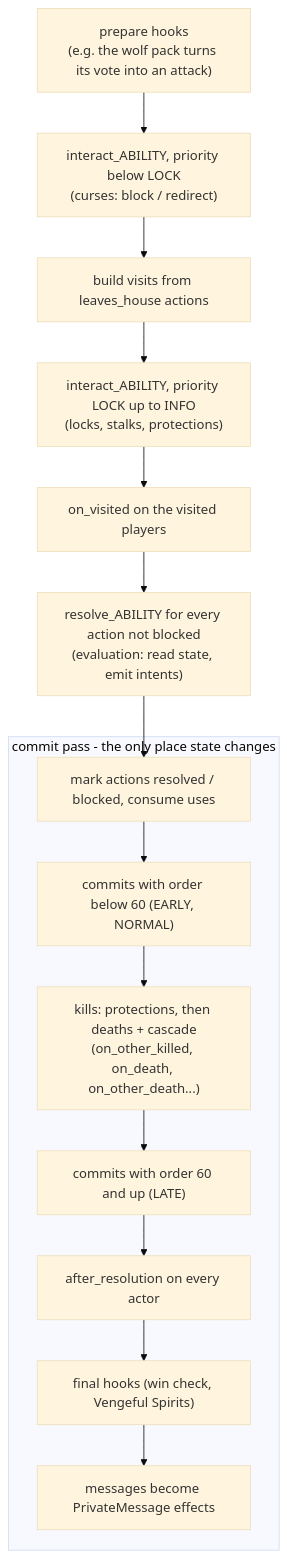
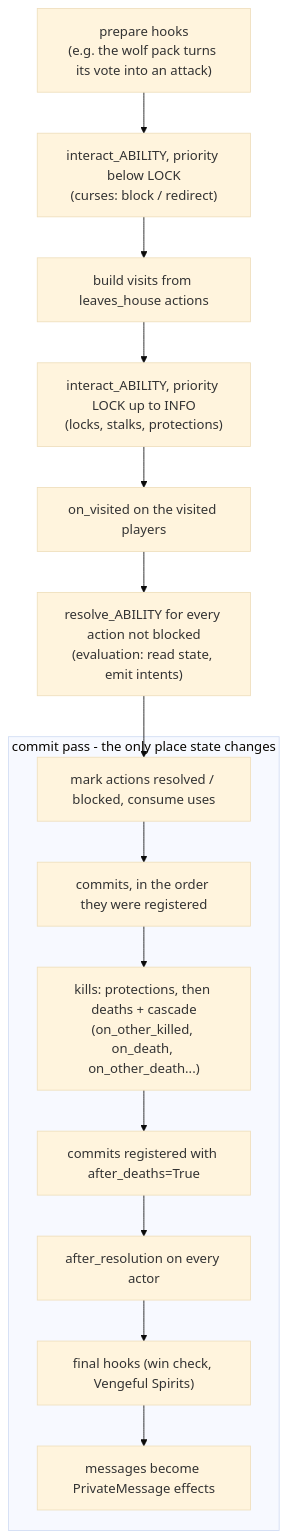
Before and after one commit to Mad-Scientist-Guild/Werewolves-bot: the third of 4 diagrams in Docs/Developer guide - adding a role.md, drawn with Mermaid (base theme). The commit also changed other lines of this file and 87 other files, not shown here.

````diff
--- a/Docs/Developer guide - adding a role.md
+++ b/Docs/Developer guide - adding a role.md
@@ -178,18 +174,18 @@
 ```mermaid
 flowchart TD
     A["prepare hooks<br/>(e.g. the wolf pack turns its vote into an attack)"] --> B
     B["interact_ABILITY, priority below LOCK<br/>(curses: block / redirect)"] --> C
     C["build visits from leaves_house actions"] --> D
     D["interact_ABILITY, priority LOCK up to INFO<br/>(locks, stalks, protections)"] --> E
     E["on_visited on the visited players"] --> F
     F["resolve_ABILITY for every action not blocked<br/>(evaluation: read state, emit intents)"] --> G
     subgraph COMMIT [commit pass - the only place state changes]
         G["mark actions resolved / blocked, consume uses"] --> H
-        H["commits with order below 60 (EARLY, NORMAL)"] --> I
+        H["commits, in the order they were registered"] --> I
         I["kills: protections, then deaths + cascade<br/>(on_other_killed, on_death, on_other_death...)"] --> J
-        J["commits with order 60 and up (LATE)"] --> K
+        J["commits registered with after_deaths=True"] --> K
         K["after_resolution on every actor"] --> L
         L["final hooks (win check, Vengeful Spirits)"] --> M
         M["messages become PrivateMessage effects"]
     end
 ```
````
